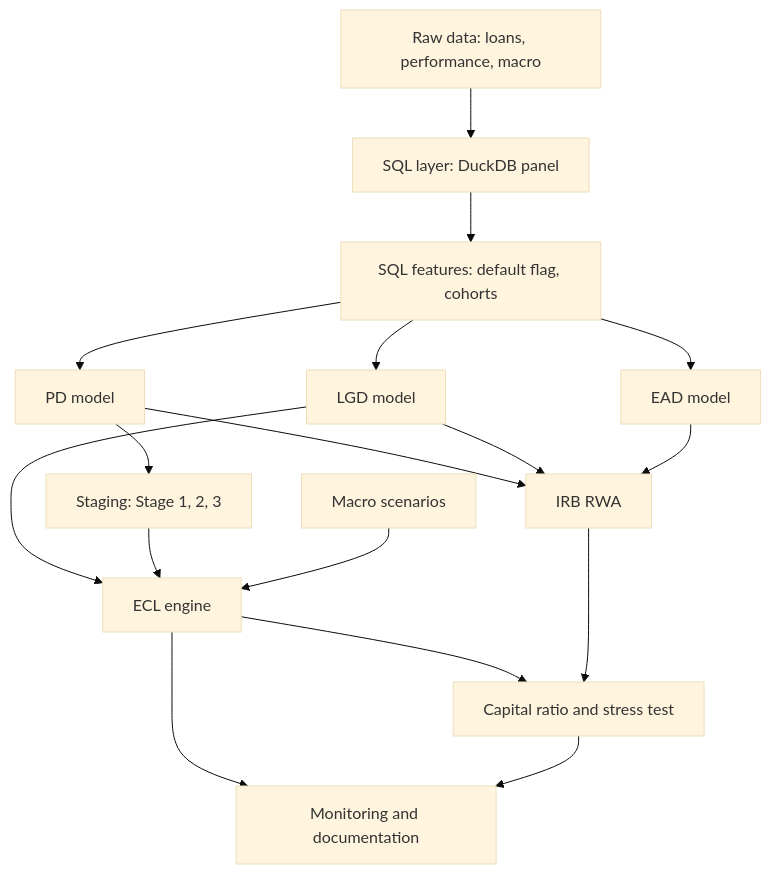
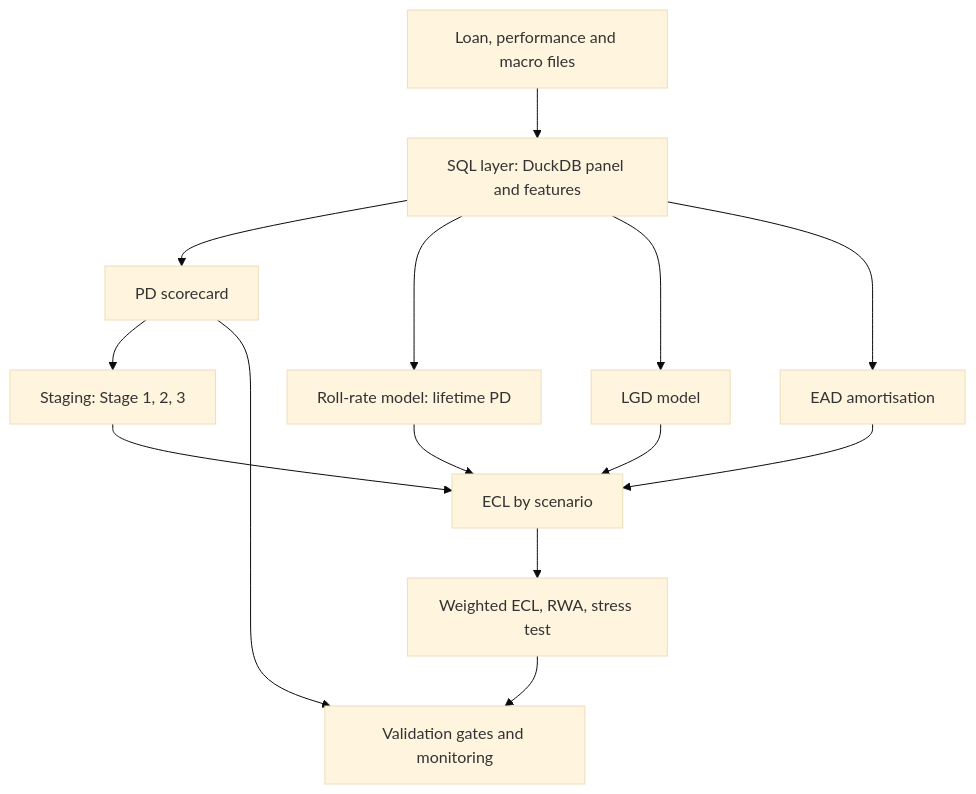
The diagram in README.md (elgunismayil0v2001/ecl-framework), drawn with Mermaid (base theme) before and after one commit. The commit also changed other lines of this file and 43 other files, not shown here.

````diff
--- a/README.md
+++ b/README.md
@@ -31,19 +53,16 @@
 ```mermaid
 flowchart TD
-  A[Raw data: loans, performance, macro] --> B[SQL layer: DuckDB panel]
-  B --> C[SQL features: default flag, cohorts]
-  C --> D1[PD model]
-  C --> D2[LGD model]
-  C --> D3[EAD model]
+  A[Loan, performance and macro files] --> B[SQL layer: DuckDB panel and features]
+  B --> D1[PD scorecard]
+  B --> D2[Roll-rate model: lifetime PD]
+  B --> D3[LGD model]
+  B --> D4[EAD amortisation]
   D1 --> E[Staging: Stage 1, 2, 3]
-  D2 --> F[ECL engine]
+  D2 --> F[ECL by scenario]
+  D3 --> F
+  D4 --> F
   E --> F
-  S[Macro scenarios] --> F
-  D1 --> G[IRB RWA]
-  D2 --> G
-  D3 --> G
-  F --> H[Capital ratio and stress test]
-  G --> H
-  F --> I[Monitoring and documentation]
-  H --> I
+  F --> H[Weighted ECL, RWA, stress test]
+  D1 --> M[Validation gates and monitoring]
+  H --> M
 ```
````
